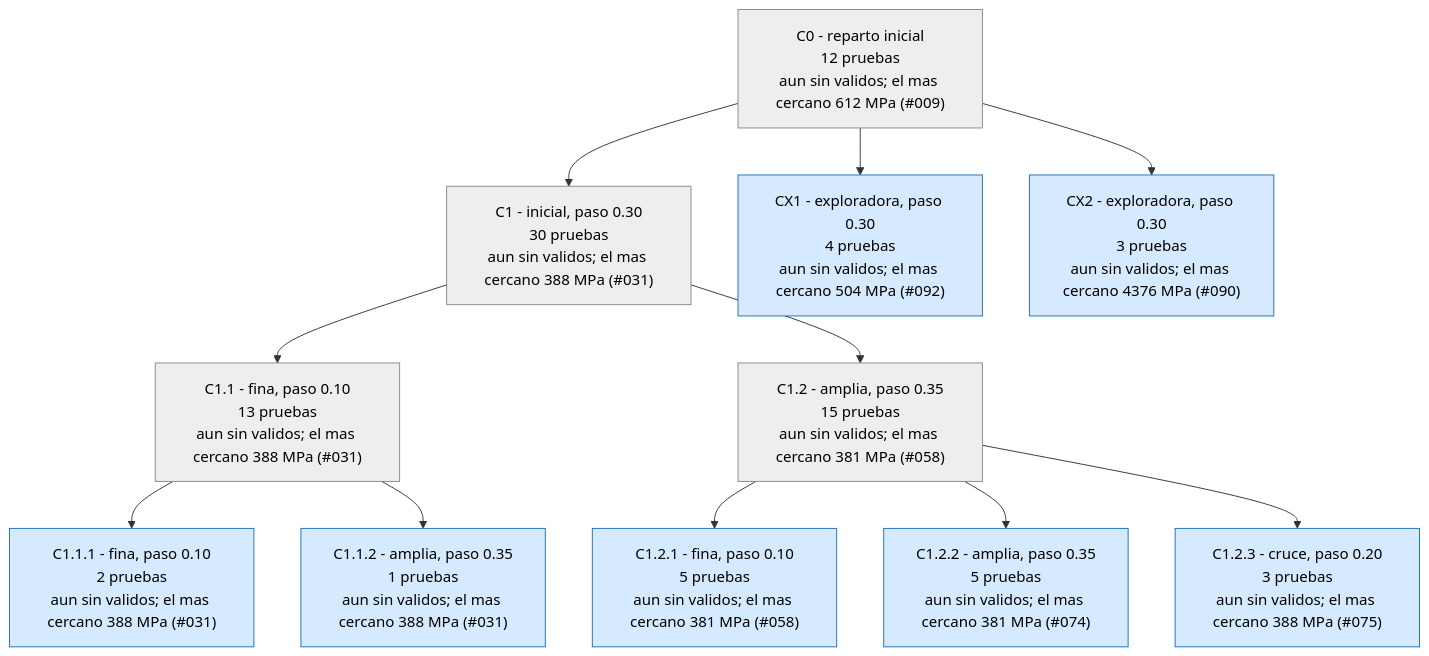
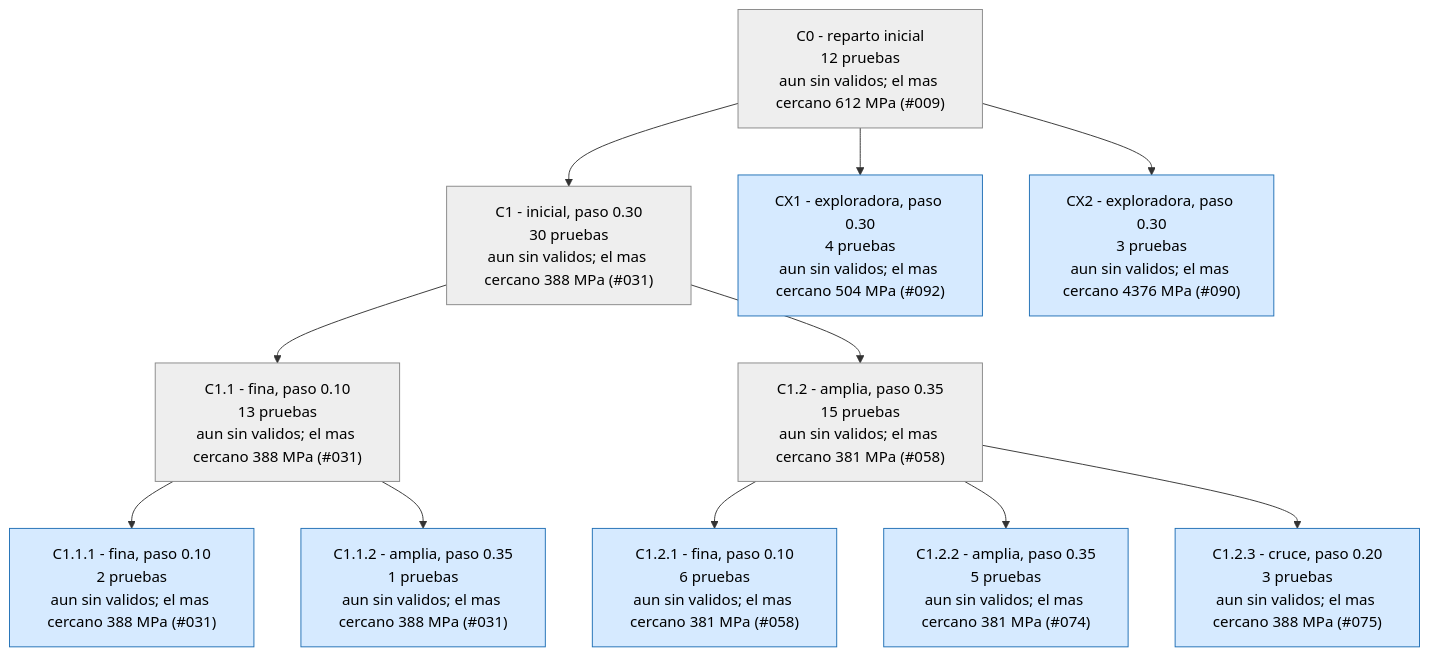
Before and after one commit to Hugiko/msd-soporte-optimizacion: the third of 4 diagrams in runs/opt_37800N/ARBOL.md, drawn with Mermaid. The commit also changed 19 other files, not shown here.

````diff
--- a/runs/opt_37800N/ARBOL.md
+++ b/runs/opt_37800N/ARBOL.md
@@ -113,27 +113,27 @@
 ```mermaid
 graph TD
 classDef activa fill:#d6eaff,stroke:#1f6fb5,color:#000
 classDef fin fill:#eeeeee,stroke:#888,color:#000
 classDef mejor fill:#c8f0c0,stroke:#1a9850,stroke-width:4px,color:#000
 C0["C0 - reparto inicial<br/>12 pruebas<br/>aun sin validos; el mas cercano 612 MPa (#009)"]:::fin
 C1["C1 - inicial, paso 0.30<br/>30 pruebas<br/>aun sin validos; el mas cercano 388 MPa (#031)"]:::fin
 C0 --> C1
 C1_1["C1.1 - fina, paso 0.10<br/>13 pruebas<br/>aun sin validos; el mas cercano 388 MPa (#031)"]:::fin
 C1 --> C1_1
 C1_2["C1.2 - amplia, paso 0.35<br/>15 pruebas<br/>aun sin validos; el mas cercano 381 MPa (#058)"]:::fin
 C1 --> C1_2
 C1_1_1["C1.1.1 - fina, paso 0.10<br/>2 pruebas<br/>aun sin validos; el mas cercano 388 MPa (#031)"]:::activa
 C1_1 --> C1_1_1
 C1_1_2["C1.1.2 - amplia, paso 0.35<br/>1 pruebas<br/>aun sin validos; el mas cercano 388 MPa (#031)"]:::activa
 C1_1 --> C1_1_2
-C1_2_1["C1.2.1 - fina, paso 0.10<br/>5 pruebas<br/>aun sin validos; el mas cercano 381 MPa (#058)"]:::activa
+C1_2_1["C1.2.1 - fina, paso 0.10<br/>6 pruebas<br/>aun sin validos; el mas cercano 381 MPa (#058)"]:::activa
 C1_2 --> C1_2_1
 C1_2_2["C1.2.2 - amplia, paso 0.35<br/>5 pruebas<br/>aun sin validos; el mas cercano 381 MPa (#074)"]:::activa
 C1_2 --> C1_2_2
 C1_2_3["C1.2.3 - cruce, paso 0.20<br/>3 pruebas<br/>aun sin validos; el mas cercano 388 MPa (#075)"]:::activa
 C1_2 --> C1_2_3
 CX1["CX1 - exploradora, paso 0.30<br/>4 pruebas<br/>aun sin validos; el mas cercano 504 MPa (#092)"]:::activa
 C0 --> CX1
 CX2["CX2 - exploradora, paso 0.30<br/>3 pruebas<br/>aun sin validos; el mas cercano 4376 MPa (#090)"]:::activa
 C0 --> CX2
 ```
````
